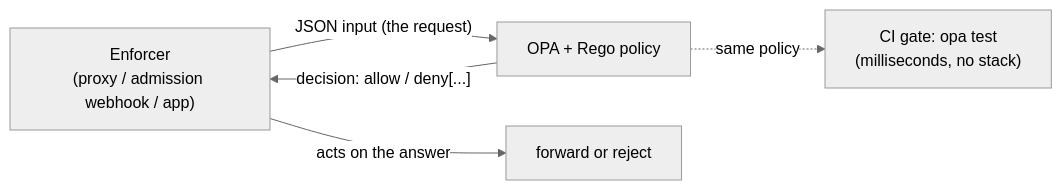
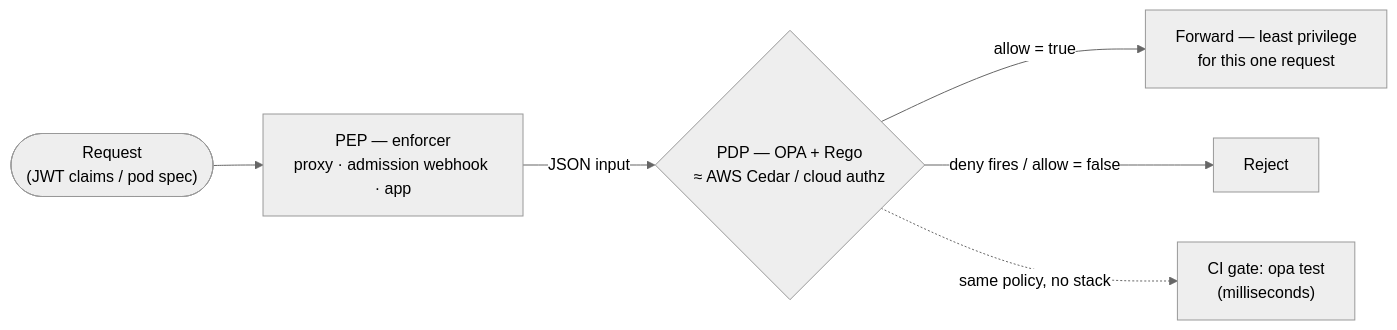
One commit to plaintext-security/plaintext changed the first of 3 diagrams in tracks/11-ztna/modules/08-policy-as-code/README.md. Above: the diagram before and after it, drawn with Mermaid (neutral theme). The commit also changed other lines of this file and 24 other files, not shown here.

````diff
--- a/tracks/11-ztna/modules/08-policy-as-code/README.md
+++ b/tracks/11-ztna/modules/08-policy-as-code/README.md
@@ -38,7 +46,8 @@
 ```mermaid
 flowchart LR
-    E["Enforcer<br/>(proxy / admission webhook / app)"] -->|"JSON input (the request)"| O["OPA + Rego policy"]
-    O -->|"decision: allow / deny[...]"| E
-    E -->|"acts on the answer"| R["forward or reject"]
-    O -.->|same policy| CI["CI gate: opa test<br/>(milliseconds, no stack)"]
+    R(["Request<br/>(JWT claims / pod spec)"]) --> PEP["PEP — enforcer<br/>proxy · admission webhook · app"]
+    PEP -->|"JSON input"| PDP{"PDP — OPA + Rego<br/>≈ AWS Cedar / cloud authz"}
+    PDP -->|"allow = true"| A["Forward — least privilege<br/>for this one request"]
+    PDP -->|"deny fires / allow = false"| D["Reject"]
+    PDP -.->|"same policy, no stack"| CI["CI gate: opa test<br/>(milliseconds)"]
 ```
````
